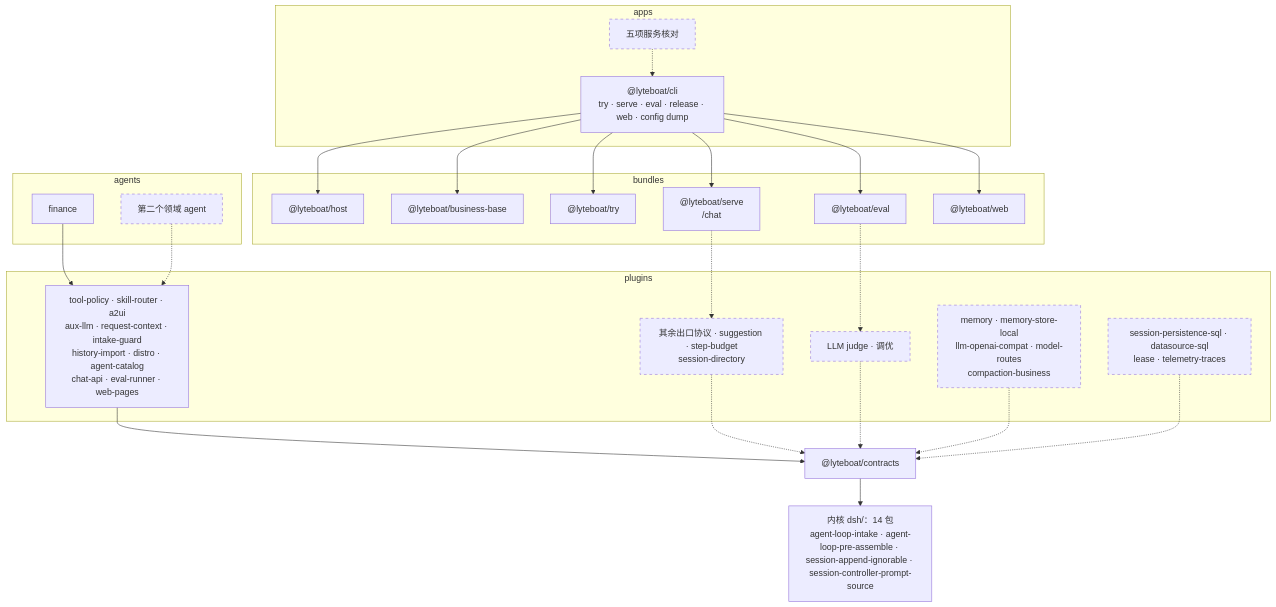
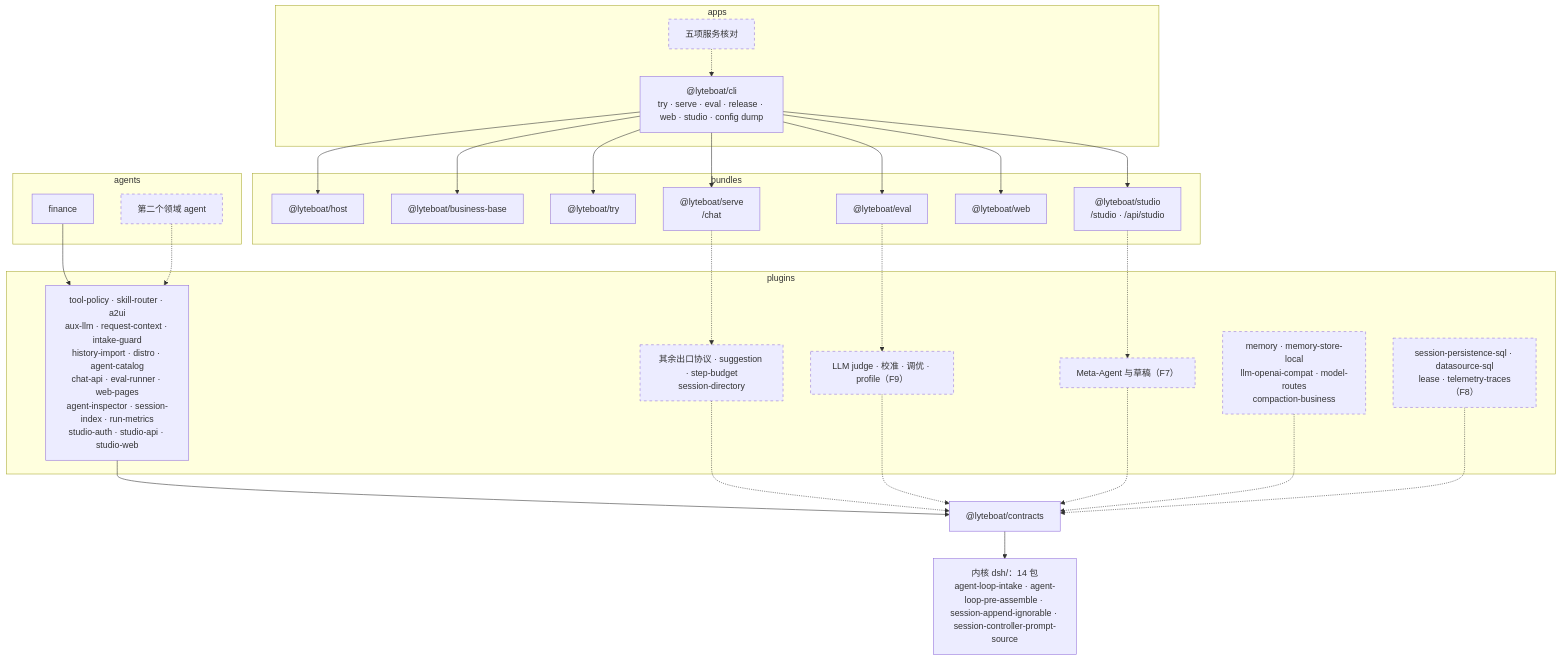
Before and after one commit to lyteboat/boat: the second of 3 diagrams in docs/04-reference-alignment.md, drawn with Mermaid. The commit also changed other lines of this file and 5 other files, not shown here.

````diff
--- a/docs/04-reference-alignment.md
+++ b/docs/04-reference-alignment.md
@@ -738,47 +776,52 @@
 ```mermaid
 flowchart TB
   subgraph APPS["apps"]
-    CLI["@lyteboat/cli<br/>try · serve · eval · release · web · config dump"]
+    CLI["@lyteboat/cli<br/>try · serve · eval · release · web · studio · config dump"]
     CLIN["五项服务核对"]
   end
   subgraph BUNDLES["bundles"]
     HOST["@lyteboat/host"]
     BASE["@lyteboat/business-base"]
     RUN["@lyteboat/try"]
     SERVE["@lyteboat/serve<br/>/chat"]
     EVAL["@lyteboat/eval"]
     WEB["@lyteboat/web"]
+    STUDIO["@lyteboat/studio<br/>/studio · /api/studio"]
   end
   subgraph AGENTS["agents"]
     FIN["finance"]
     AG2["第二个领域 agent"]
   end
   subgraph PLUGINS["plugins"]
-    HAVE["tool-policy · skill-router · a2ui<br/>aux-llm · request-context · intake-guard<br/>history-import · distro · agent-catalog<br/>chat-api · eval-runner · web-pages"]
+    HAVE["tool-policy · skill-router · a2ui<br/>aux-llm · request-context · intake-guard<br/>history-import · distro · agent-catalog<br/>chat-api · eval-runner · web-pages<br/>agent-inspector · session-index · run-metrics<br/>studio-auth · studio-api · studio-web"]
     WIRE["其余出口协议 · suggestion · step-budget<br/>session-directory"]
-    JUDGE["LLM judge · 调优"]
+    JUDGE["LLM judge · 校准 · 调优 · profile（F9）"]
+    META["Meta-Agent 与草稿（F7）"]
     MEM["memory · memory-store-local<br/>llm-openai-compat · model-routes<br/>compaction-business"]
-    MULTI["session-persistence-sql · datasource-sql<br/>lease · telemetry-traces"]
+    MULTI["session-persistence-sql · datasource-sql<br/>lease · telemetry-traces（F8）"]
   end
   CT["@lyteboat/contracts"]
   K["内核 dsh/：14 包<br/>agent-loop-intake · agent-loop-pre-assemble · session-append-ignorable · session-controller-prompt-source"]
   CLI --> HOST
   CLI --> BASE
   CLI --> RUN
   CLI --> SERVE
   CLI --> EVAL
   CLI --> WEB
+  CLI --> STUDIO
   CLIN -.-> CLI
   SERVE -.-> WIRE
   EVAL -.-> JUDGE
+  STUDIO -.-> META
   FIN --> HAVE
   AG2 -.-> HAVE
   HAVE --> CT
   WIRE -.-> CT
   JUDGE -.-> CT
+  META -.-> CT
   MEM -.-> CT
   MULTI -.-> CT
   CT --> K
   classDef planned stroke-dasharray: 5 5
-  class CLIN,AG2,WIRE,JUDGE,MEM,MULTI planned
+  class CLIN,AG2,WIRE,JUDGE,META,MEM,MULTI planned
 ```
````
